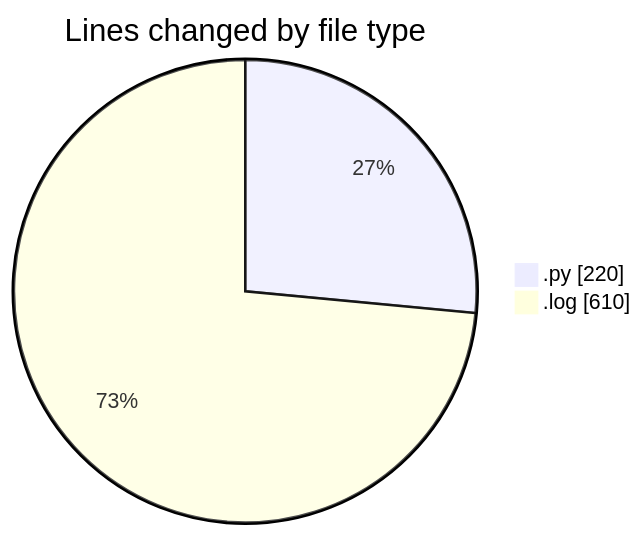
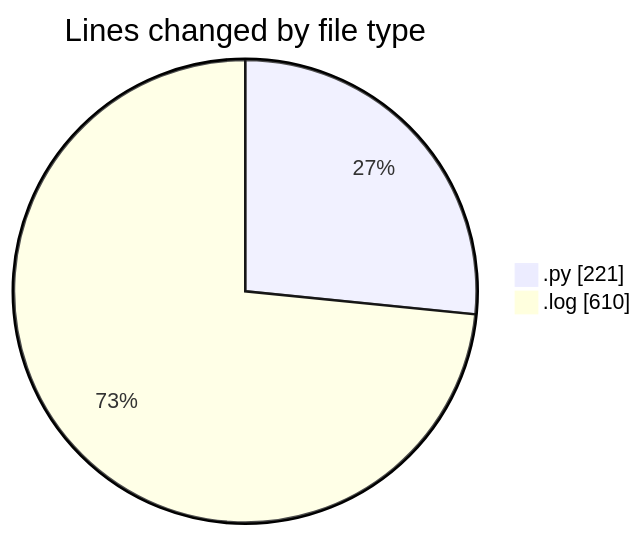
The first of 2 diagrams in 2025-05-07/samplepdf/README.md (momahboobian/code-tracking), drawn with Mermaid before and after one commit. The commit also changed other lines of this file and 1 other file, not shown here.

````diff
--- a/2025-05-07/samplepdf/README.md
+++ b/2025-05-07/samplepdf/README.md
@@ -25,6 +25,6 @@
 ```mermaid
 pie showData
 title Lines changed by file type
-".py" : 220
+".py" : 221
 ".log" : 610
 ```
````
